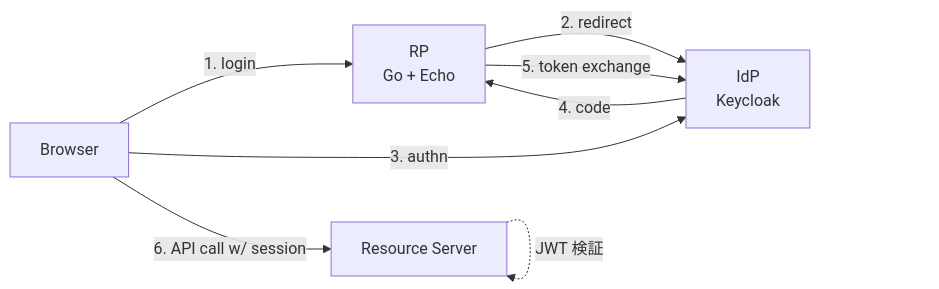
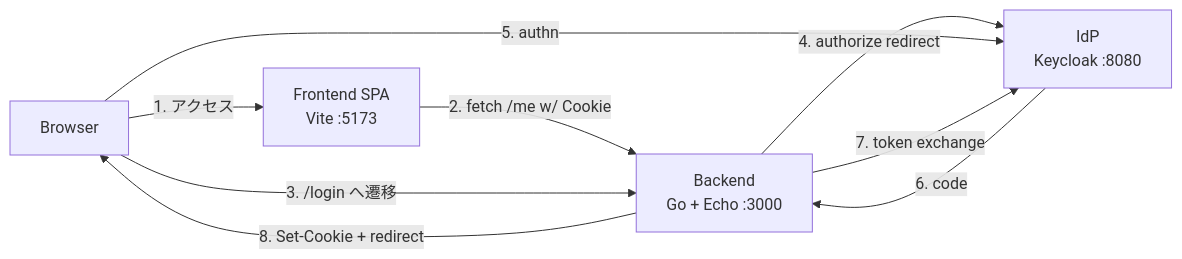
One commit to amaiguna/auth-tuto changed the diagram in README.md. Above: the diagram before and after it, drawn with Mermaid. The commit also changed other lines of this file and 16 other files, not shown here.

````diff
--- a/README.md
+++ b/README.md
@@ -19,10 +19,11 @@
 ```mermaid
 flowchart LR
-    Browser[Browser] -->|1. login| RP[RP<br/>Go + Echo]
-    RP -->|2. redirect| IdP[IdP<br/>Keycloak]
-    Browser -->|3. authn| IdP
-    IdP -->|4. code| RP
-    RP -->|5. token exchange| IdP
-    Browser -->|6. API call w/ session| RS[Resource Server]
-    RS -.->|JWT 検証| RS
+    Browser[Browser] -->|1. アクセス| FE[Frontend SPA<br/>Vite :5173]
+    FE -->|2. fetch /me w/ Cookie| BE[Backend<br/>Go + Echo :3000]
+    Browser -->|3. /login へ遷移| BE
+    BE -->|4. authorize redirect| IdP[IdP<br/>Keycloak :8080]
+    Browser -->|5. authn| IdP
+    IdP -->|6. code| BE
+    BE -->|7. token exchange| IdP
+    BE -->|8. Set-Cookie + redirect| Browser
 ```
````
